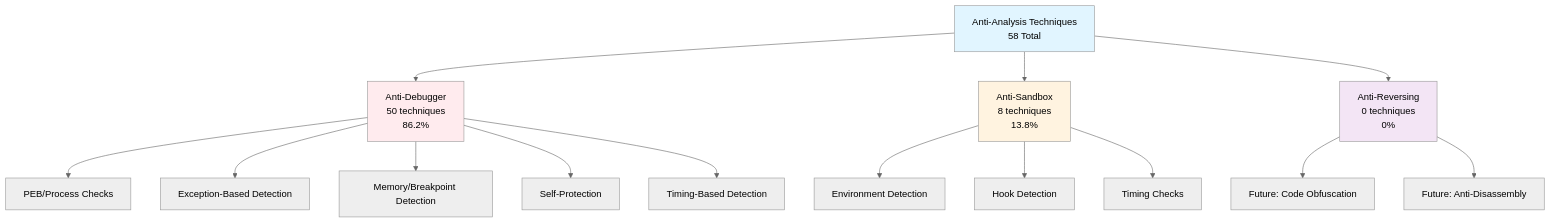
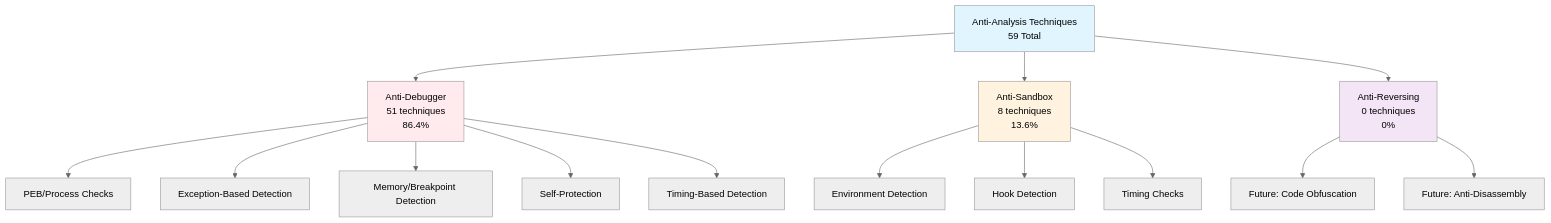
Before and after one commit to mabj/anti: the first of 8 diagrams in docs/diagrams/taxonomy.md, drawn with Mermaid (neutral theme). The commit also changed other lines of this file and 7 other files, not shown here.

Commit message:
Adding new anti-debugger technique AD051.

````diff
--- a/docs/diagrams/taxonomy.md
+++ b/docs/diagrams/taxonomy.md
@@ -7,24 +7,24 @@
 ```mermaid
 graph TB
-    A[Anti-Analysis Techniques<br/>58 Total] --> B[Anti-Debugger<br/>50 techniques<br/>86.2%]
-    A --> C[Anti-Sandbox<br/>8 techniques<br/>13.8%]
+    A[Anti-Analysis Techniques<br/>59 Total] --> B[Anti-Debugger<br/>51 techniques<br/>86.4%]
+    A --> C[Anti-Sandbox<br/>8 techniques<br/>13.6%]
     A --> D[Anti-Reversing<br/>0 techniques<br/>0%]
 
     B --> B1[PEB/Process Checks]
     B --> B2[Exception-Based Detection]
     B --> B3[Memory/Breakpoint Detection]
     B --> B4[Self-Protection]
     B --> B5[Timing-Based Detection]
 
     C --> C1[Environment Detection]
     C --> C2[Hook Detection]
     C --> C3[Timing Checks]
 
     D --> D1[Future: Code Obfuscation]
     D --> D2[Future: Anti-Disassembly]
 
     style A fill:#e1f5ff
     style B fill:#ffebee
     style C fill:#fff3e0
     style D fill:#f3e5f5
 ```
````
